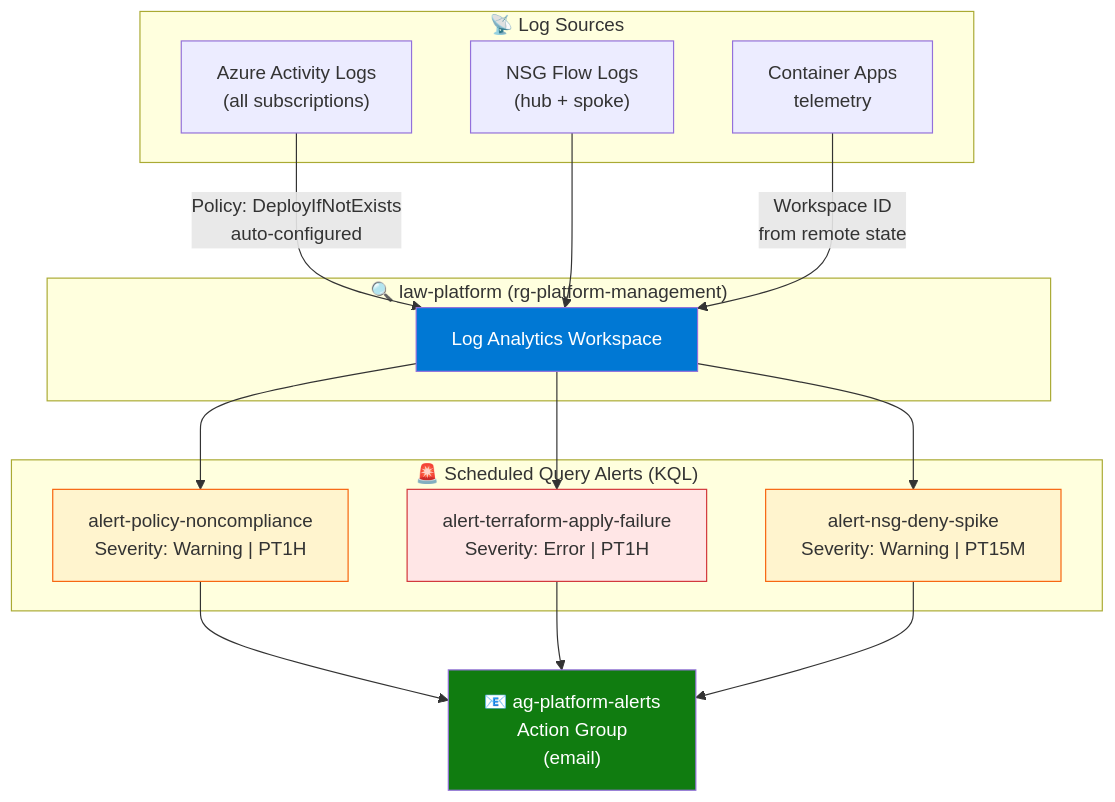
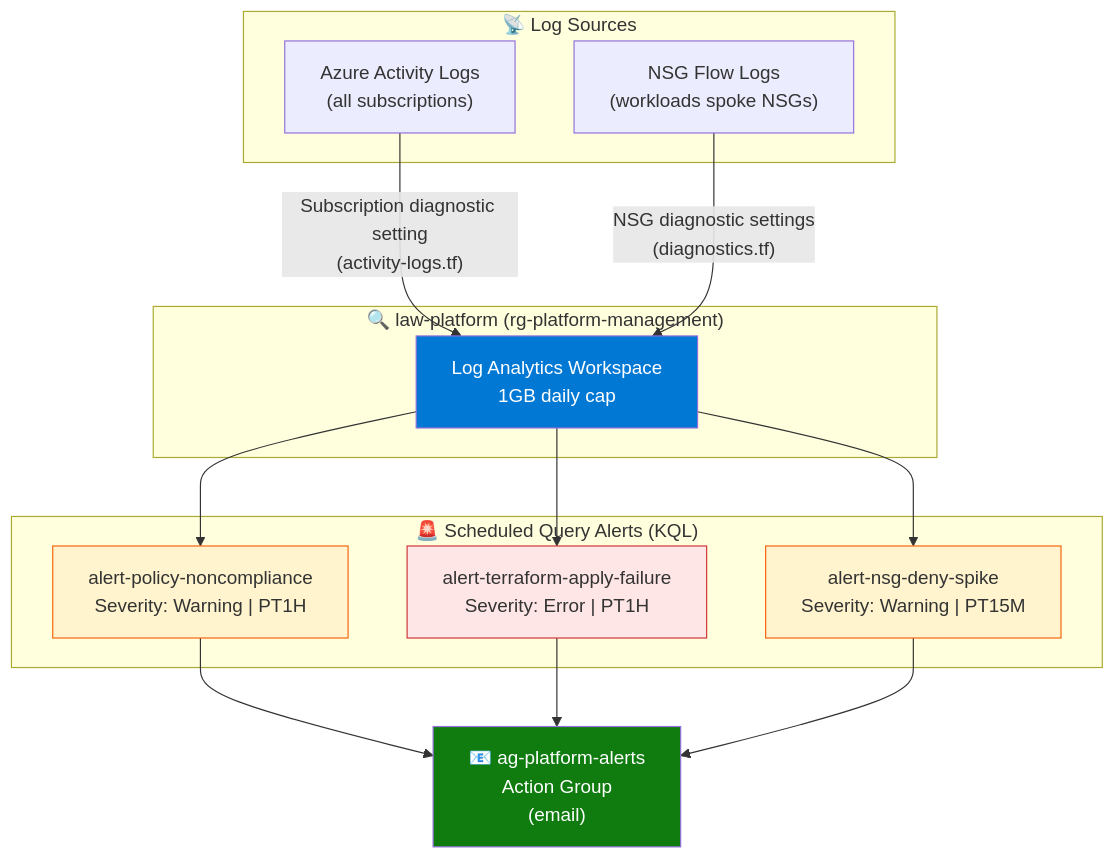
One commit to moshstaq/azure-landing-zone changed the sixth of 6 diagrams in docs/architecture.md. Above: the diagram before and after it, drawn with Mermaid. The commit also changed other lines of this file, not shown here.

Commit message:
docs: Update the repo architecture

````diff
--- a/docs/architecture.md
+++ b/docs/architecture.md
@@ -190,38 +189,36 @@
 ```mermaid
 graph TB
     subgraph SOURCES["📡 Log Sources"]
         ACT["Azure Activity Logs\n(all subscriptions)"]
-        NSG_FLOW["NSG Flow Logs\n(hub + spoke)"]
-        CA["Container Apps\ntelemetry"]
+        NSG_FLOW["NSG Flow Logs\n(workloads spoke NSGs)"]
     end
 
     subgraph PLATFORM["🔍 law-platform (rg-platform-management)"]
-        LAW["Log Analytics Workspace"]
+        LAW["Log Analytics Workspace\n1GB daily cap"]
     end
 
     subgraph ALERTS["🚨 Scheduled Query Alerts (KQL)"]
         A1["alert-policy-noncompliance\nSeverity: Warning | PT1H"]
         A2["alert-terraform-apply-failure\nSeverity: Error | PT1H"]
         A3["alert-nsg-deny-spike\nSeverity: Warning | PT15M"]
     end
 
     AG["📧 ag-platform-alerts\nAction Group\n(email)"]
 
-    ACT -->|"Policy: DeployIfNotExists\nauto-configured"| LAW
-    NSG_FLOW --> LAW
-    CA -->|"Workspace ID\nfrom remote state"| LAW
+    ACT -->|"Subscription diagnostic setting\n(activity-logs.tf)"| LAW
+    NSG_FLOW -->|"NSG diagnostic settings\n(diagnostics.tf)"| LAW
 
     LAW --> A1
     LAW --> A2
     LAW --> A3
 
     A1 --> AG
     A2 --> AG
     A3 --> AG
 
     style LAW fill:#0078D4,color:#fff
     style AG fill:#107c10,color:#fff
     style A1 fill:#fff4ce,stroke:#f7630c
     style A2 fill:#ffe6e6,stroke:#d13438
     style A3 fill:#fff4ce,stroke:#f7630c
 ```
````
